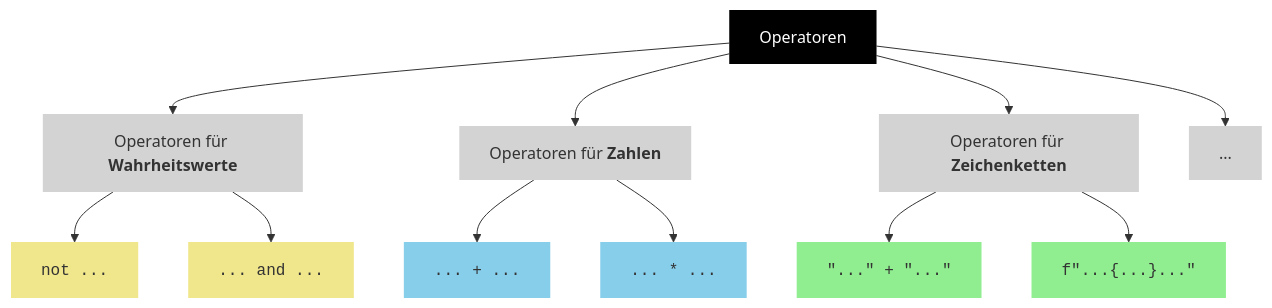
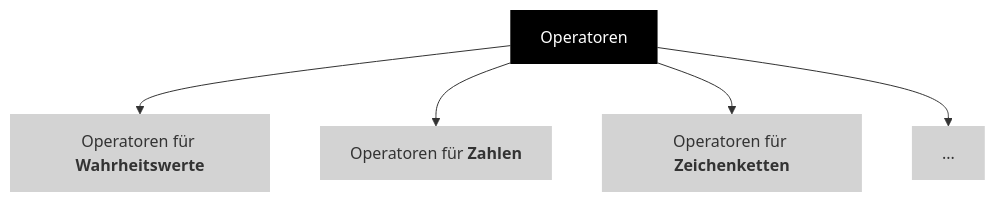
The diagram in Grafiken/Mermaid/Operatoren/Allgemein.mmd (ghackenberg/python-grundlagen-kurs), drawn with Mermaid before and after one commit. The commit also changed 6 other files, not shown here.

```diff
--- a/Grafiken/Mermaid/Operatoren/Allgemein.mmd
+++ b/Grafiken/Mermaid/Operatoren/Allgemein.mmd
@@ -1,33 +1,15 @@
 flowchart
 
     Operatoren
 
     Operatoren --> Bool["Operatoren für <b>Wahrheitswerte</b>"]
     Operatoren --> Num["Operatoren für <b>Zahlen</b>"]
     Operatoren --> Str["Operatoren für <b>Zeichenketten</b>"]
     Operatoren --> More["..."]
 
-    Bool --> Not["<code>not ...</code>"]
-    Bool --> And["<code>... and ...</code>"]
-
-    Num --> Plus["<code>... + ...</code>"]
-    Num --> Mal["<code>... * ...</code>"]
-
-    Str --> Concat["<code>&quot;...&quot; + &quot;...&quot;</code>"]
-    Str --> F["<code>f&quot;...{...}...&quot;</code>"]
-
     style Operatoren fill:black,color:white,stroke-width:0px
 
     style Bool fill:lightgray,stroke-width:0px
     style Num fill:lightgray,stroke-width:0px
     style Str fill:lightgray,stroke-width:0px
     style More fill:lightgray,stroke-width:0px
-    
-    style Not fill:khaki,stroke-width:0px
-    style And fill:khaki,stroke-width:0px
-
-    style Plus fill:skyblue,stroke-width:0px
-    style Mal fill:skyblue,stroke-width:0px
-
-    style Concat fill:lightgreen,stroke-width:0px
-    style F fill:lightgreen,stroke-width:0px
```
